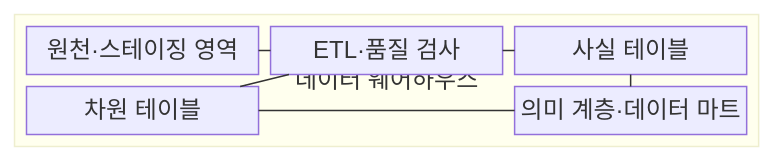
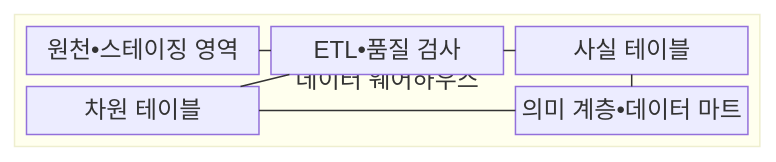
Before and after one commit to agnusdei1207/knowledge-base: the first of 2 diagrams in src/content/docs/notes/03-software/124_data_warehouse.md, drawn with Mermaid. The commit also changed other lines of this file and 953 other files, not shown here.

````diff
--- a/src/content/docs/notes/03-software/124_data_warehouse.md
+++ b/src/content/docs/notes/03-software/124_data_warehouse.md
@@ -67,18 +67,18 @@
 ```mermaid
 block
     columns 1
     block:DW["데이터 웨어하우스"]
         columns 3
-        S["원천·스테이징 영역"]
-        E["ETL·품질 검사"]
+        S["원천•스테이징 영역"]
+        E["ETL•품질 검사"]
         F["사실 테이블"]
         D["차원 테이블"]
         space
-        M["의미 계층·데이터 마트"]
+        M["의미 계층•데이터 마트"]
     end
     S --- E
     E --- F
     E --- D
     F --- M
     D --- M
 ```
````
